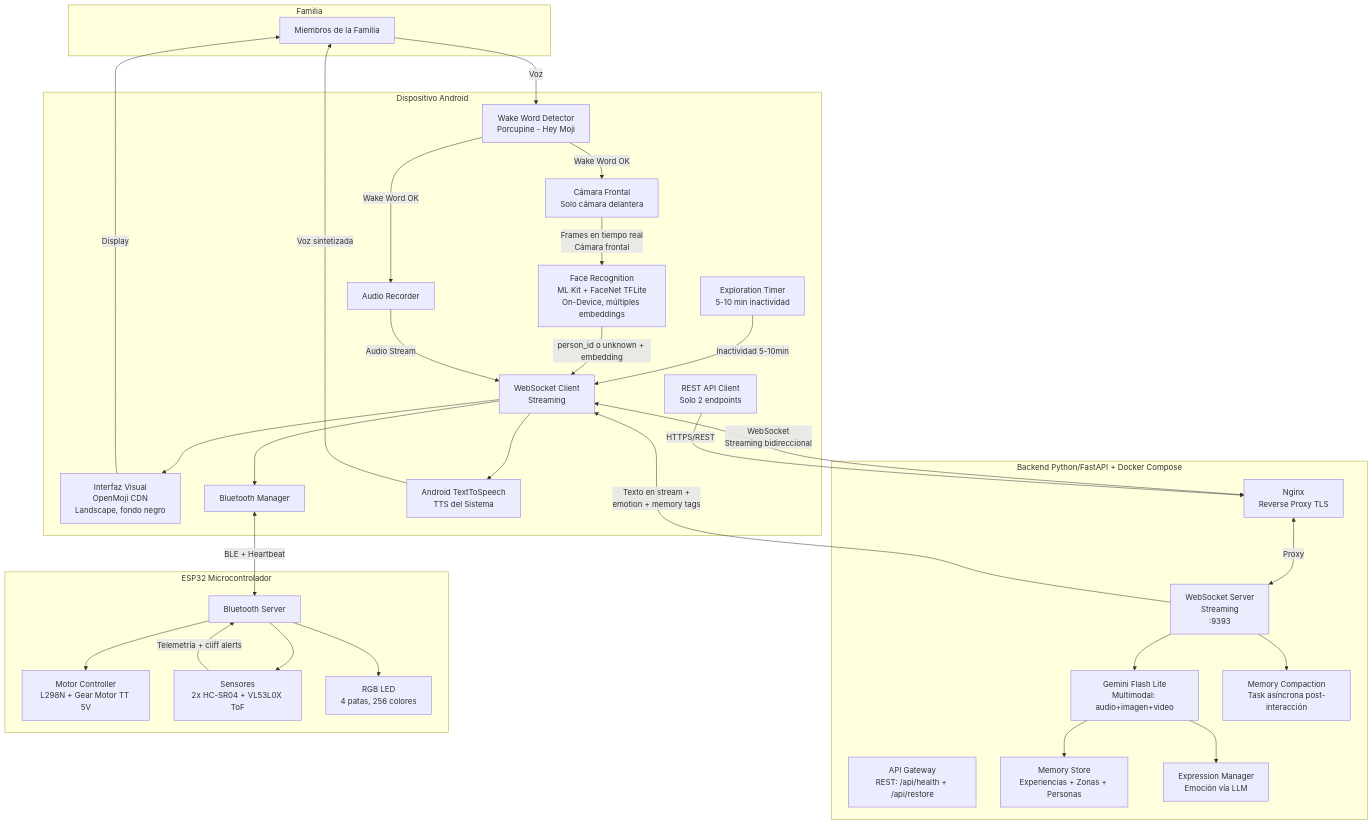
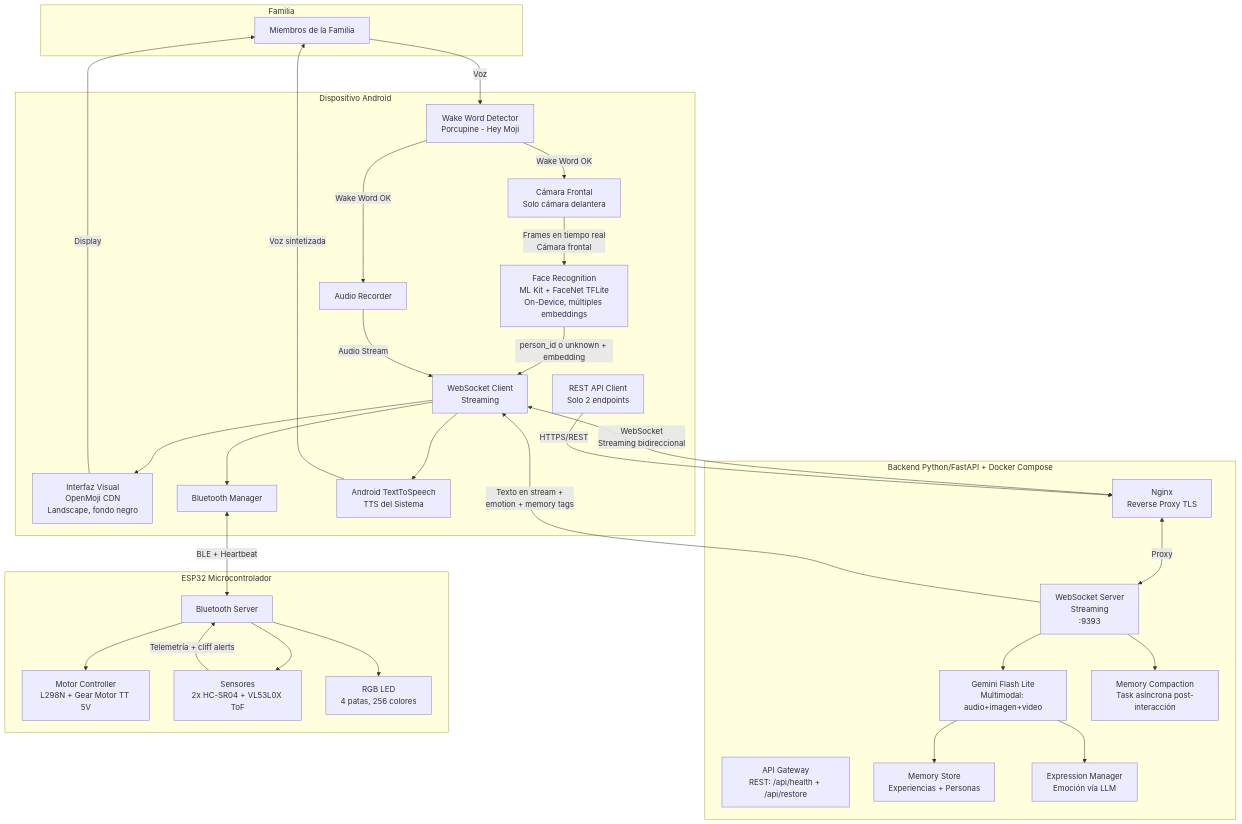
One commit to mikeNieto/moji_backend changed the first of 31 diagrams in architecture/robot_architecture.md. Above: the diagram before and after it, drawn with Mermaid. The commit also changed other lines of this file and 17 other files, not shown here.

````diff
--- a/architecture/robot_architecture.md
+++ b/architecture/robot_architecture.md
@@ -97,66 +91,64 @@
 ```mermaid
 graph TB
     subgraph "Familia"
         U[Miembros de la Familia]
     end
     
     subgraph "Dispositivo Android"
         WW[Wake Word Detector<br/>Porcupine - Hey Moji]
         UI[Interfaz Visual<br/>OpenMoji CDN<br/>Landscape, fondo negro]
         AR[Audio Recorder]
         CAM[Cámara Frontal<br/>Solo cámara delantera]
         FR_ANDROID[Face Recognition<br/>ML Kit + FaceNet TFLite<br/>On-Device, múltiples embeddings]
         BT[Bluetooth Manager]
         TTS_ANDROID[Android TextToSpeech<br/>TTS del Sistema]
         WS_CLIENT[WebSocket Client<br/>Streaming]
         API_CLIENT[REST API Client<br/>Solo 2 endpoints]
-        EXPLORE_TIMER[Exploration Timer<br/>5-10 min inactividad]
     end
     
     subgraph "Backend Python/FastAPI + Docker Compose"
         WS_SERVER[WebSocket Server<br/>Streaming<br/>:9393]
         GATEWAY[API Gateway<br/>REST: /api/health + /api/restore]
         GEMINI[Gemini Flash Lite<br/>Multimodal: audio+imagen+video]
-        MEM[Memory Store<br/>Experiencias + Zonas + Personas]
+        MEM[Memory Store<br/>Experiencias + Personas]
         EXPR[Expression Manager<br/>Emoción vía LLM]
         NGINX[Nginx<br/>Reverse Proxy TLS]
         COMPACT[Memory Compaction<br/>Task asíncrona post-interacción]
     end
     
     subgraph "ESP32 Microcontrolador"
         BT_ESP[Bluetooth Server]
         MOTOR[Motor Controller<br/>L298N + Gear Motor TT 5V]
         SENS[Sensores<br/>2x HC-SR04 + VL53L0X ToF]
         LED[RGB LED<br/>4 patas, 256 colores]
     end
     
     U -->|Voz| WW
-    EXPLORE_TIMER -->|Inactividad 5-10min| WS_CLIENT
     WW -->|Wake Word OK| CAM
     WW -->|Wake Word OK| AR
     CAM -->|Frames en tiempo real<br/>Cámara frontal| FR_ANDROID
     FR_ANDROID -->|person_id o unknown + embedding| WS_CLIENT
     AR -->|Audio Stream| WS_CLIENT
     
     WS_CLIENT <-->|WebSocket<br/>Streaming bidireccional| NGINX
     NGINX <-->|Proxy| WS_SERVER
     API_CLIENT -->|HTTPS/REST| NGINX
     WS_SERVER --> GEMINI
     GEMINI --> MEM
     GEMINI --> EXPR
     WS_SERVER --> COMPACT
     
     WS_SERVER -->|Texto en stream +<br/>emotion + memory tags| WS_CLIENT
     WS_CLIENT --> UI
     WS_CLIENT --> BT
     WS_CLIENT --> TTS_ANDROID
     
     BT <-->|BLE + Heartbeat| BT_ESP
     BT_ESP --> MOTOR
     BT_ESP --> SENS
     BT_ESP --> LED
     SENS -->|Telemetría + cliff alerts| BT_ESP
     
     UI -->|Display| U
     TTS_ANDROID -->|Voz sintetizada| U
 ```
````
